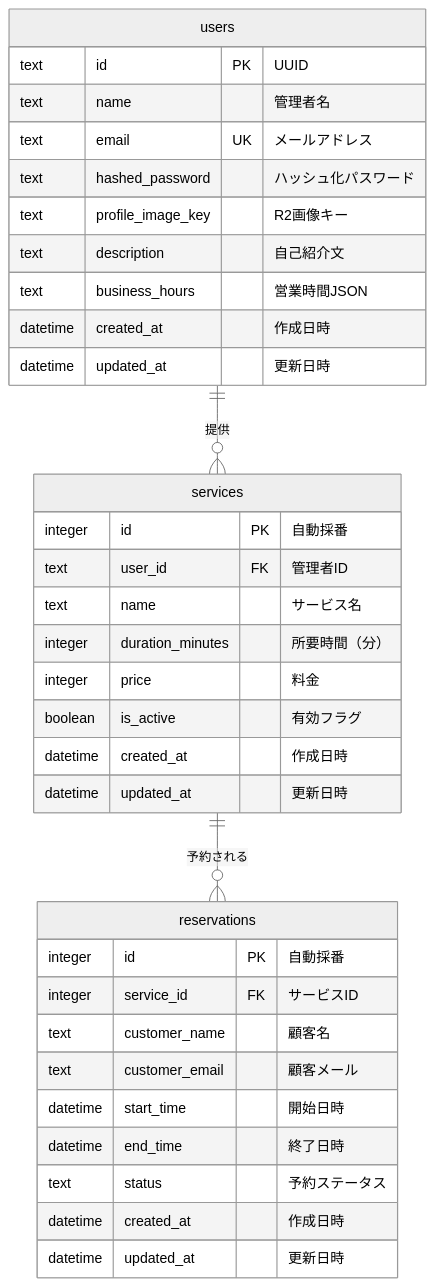
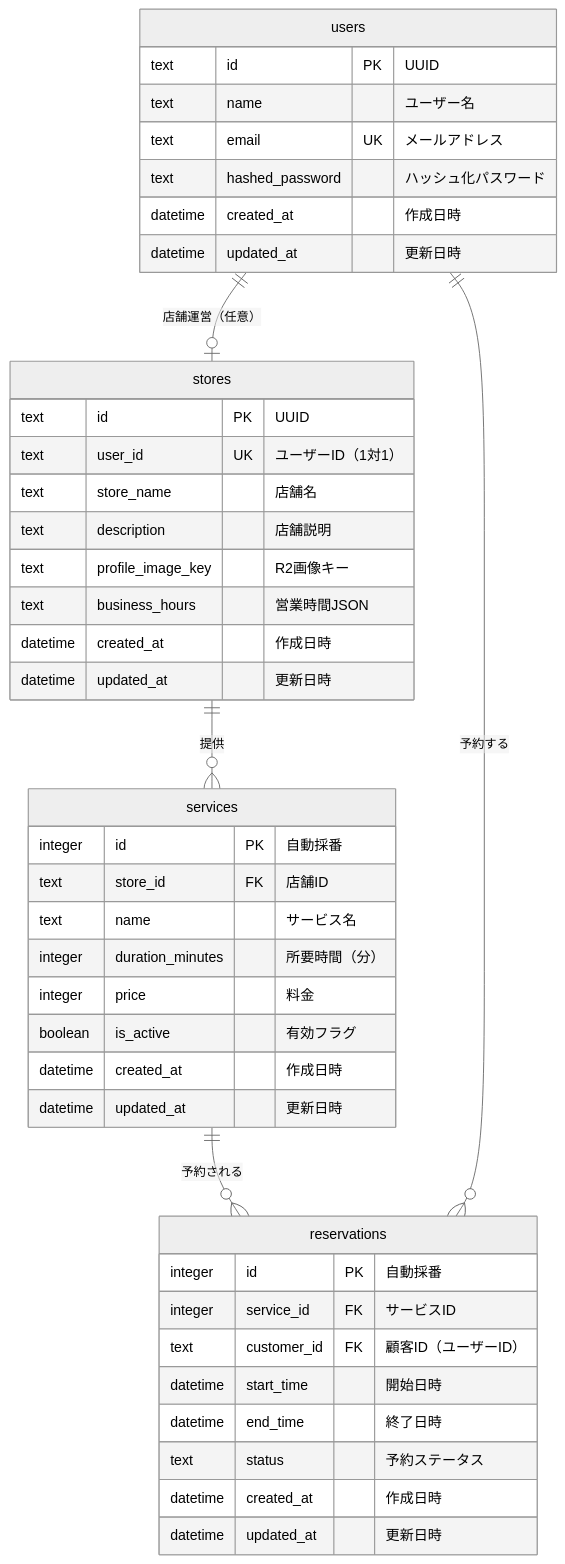
The diagram in doc/ER図.md (ProgrammerForCat/appointy), drawn with Mermaid (neutral theme) before and after one commit. The commit also changed other lines of this file and 44 other files, not shown here.

````diff
--- a/doc/ER図.md
+++ b/doc/ER図.md
@@ -5,40 +5,49 @@
 ```mermaid
 erDiagram
     users {
         text id PK "UUID"
-        text name "管理者名"
+        text name "ユーザー名"
         text email UK "メールアドレス"
         text hashed_password "ハッシュ化パスワード"
+        datetime created_at "作成日時"
+        datetime updated_at "更新日時"
+    }
+
+    stores {
+        text id PK "UUID"
+        text user_id UK "ユーザーID（1対1）"
+        text store_name "店舗名"
+        text description "店舗説明"
         text profile_image_key "R2画像キー"
-        text description "自己紹介文"
         text business_hours "営業時間JSON"
         datetime created_at "作成日時"
         datetime updated_at "更新日時"
     }
 
     services {
         integer id PK "自動採番"
-        text user_id FK "管理者ID"
+        text store_id FK "店舗ID"
         text name "サービス名"
         integer duration_minutes "所要時間（分）"
         integer price "料金"
         boolean is_active "有効フラグ"
         datetime created_at "作成日時"
         datetime updated_at "更新日時"
     }
 
     reservations {
         integer id PK "自動採番"
         integer service_id FK "サービスID"
-        text customer_name "顧客名"
-        text customer_email "顧客メール"
+        text customer_id FK "顧客ID（ユーザーID）"
         datetime start_time "開始日時"
         datetime end_time "終了日時"
         text status "予約ステータス"
         datetime created_at "作成日時"
         datetime updated_at "更新日時"
     }
 
-    users ||--o{ services : "提供"
+    users ||--o| stores : "店舗運営（任意）"
+    stores ||--o{ services : "提供"
     services ||--o{ reservations : "予約される"
+    users ||--o{ reservations : "予約する"
 ```
````
